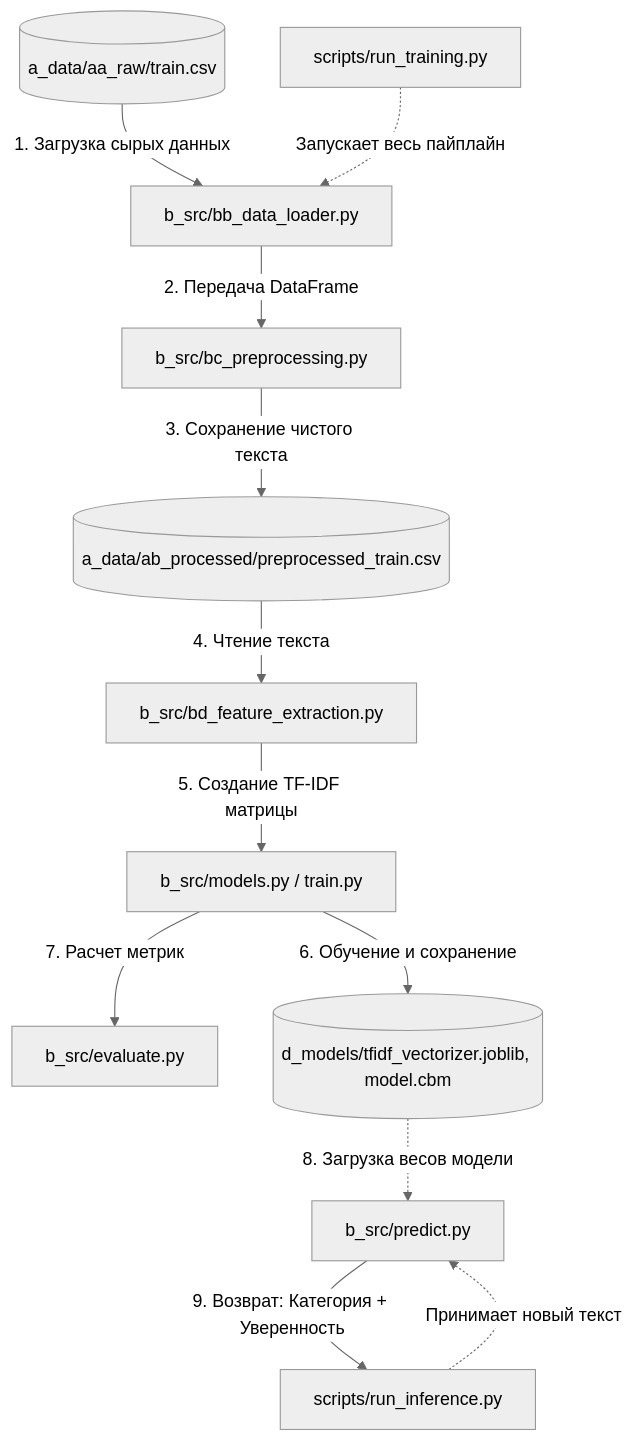
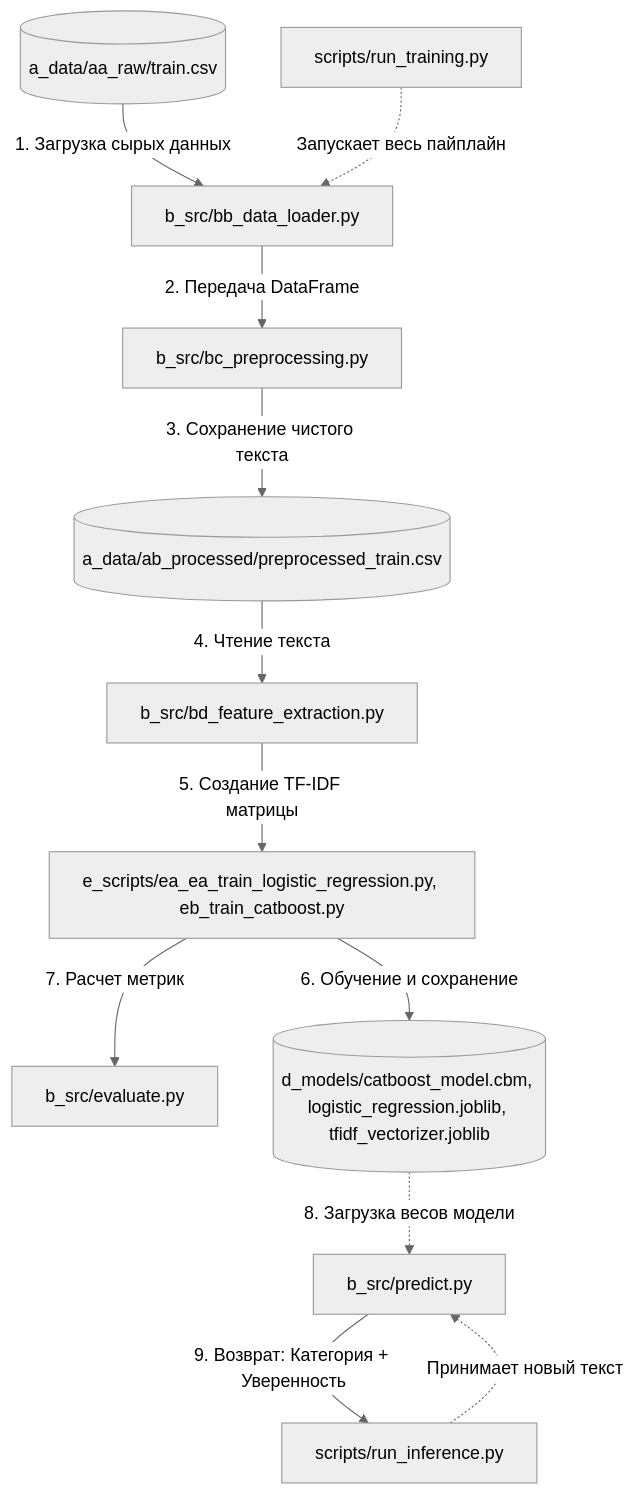
The diagram in README.md (VVN8819/nlp_tfidf_logreg_catboost), drawn with Mermaid (neutral theme) before and after one commit. The commit also changed other lines of this file and 4 other files, not shown here.

````diff
--- a/README.md
+++ b/README.md
@@ -103,34 +168,34 @@
 ```mermaid
 graph TD
     %% Узлы: Данные
     RawData[("a_data/aa_raw/train.csv")]
     ProcessedData[("a_data/ab_processed/preprocessed_train.csv")]
 
     %% Узлы: Исходный код (src)
     DataLoader["b_src/bb_data_loader.py"]
     Preprocessing["b_src/bc_preprocessing.py"]
     FeatureExtraction["b_src/bd_feature_extraction.py"]
-    ModelsTrain["b_src/models.py / train.py"]
+    ModelsTrain["e_scripts/ea_ea_train_logistic_regression.py, eb_train_catboost.py"]
     Evaluate["b_src/evaluate.py"]
     Predict["b_src/predict.py"]
 
     %% Узлы: Артефакты и Скрипты
-    SavedModels[("d_models/tfidf_vectorizer.joblib, model.cbm")]
+    SavedModels[("d_models/catboost_model.cbm, logistic_regression.joblib, tfidf_vectorizer.joblib")]
     RunTrain["scripts/run_training.py"]
     RunInference["scripts/run_inference.py"]
 
     %% Поток данных обучения
     RawData -->|1. Загрузка сырых данных| DataLoader
     DataLoader -->|2. Передача DataFrame| Preprocessing
     Preprocessing -->|3. Сохранение чистого текста| ProcessedData
     ProcessedData -->|4. Чтение текста| FeatureExtraction
     FeatureExtraction -->|5. Создание TF-IDF матрицы| ModelsTrain
     ModelsTrain -->|6. Обучение и сохранение| SavedModels
     ModelsTrain -->|7. Расчет метрик| Evaluate
 
     %% Поток инференса
     RunTrain -.->|Запускает весь пайплайн| DataLoader
     RunInference -.->|Принимает новый текст| Predict
     SavedModels -.->|8. Загрузка весов модели| Predict
     Predict -->|9. Возврат: Категория + Уверенность| RunInference
 ```
````
